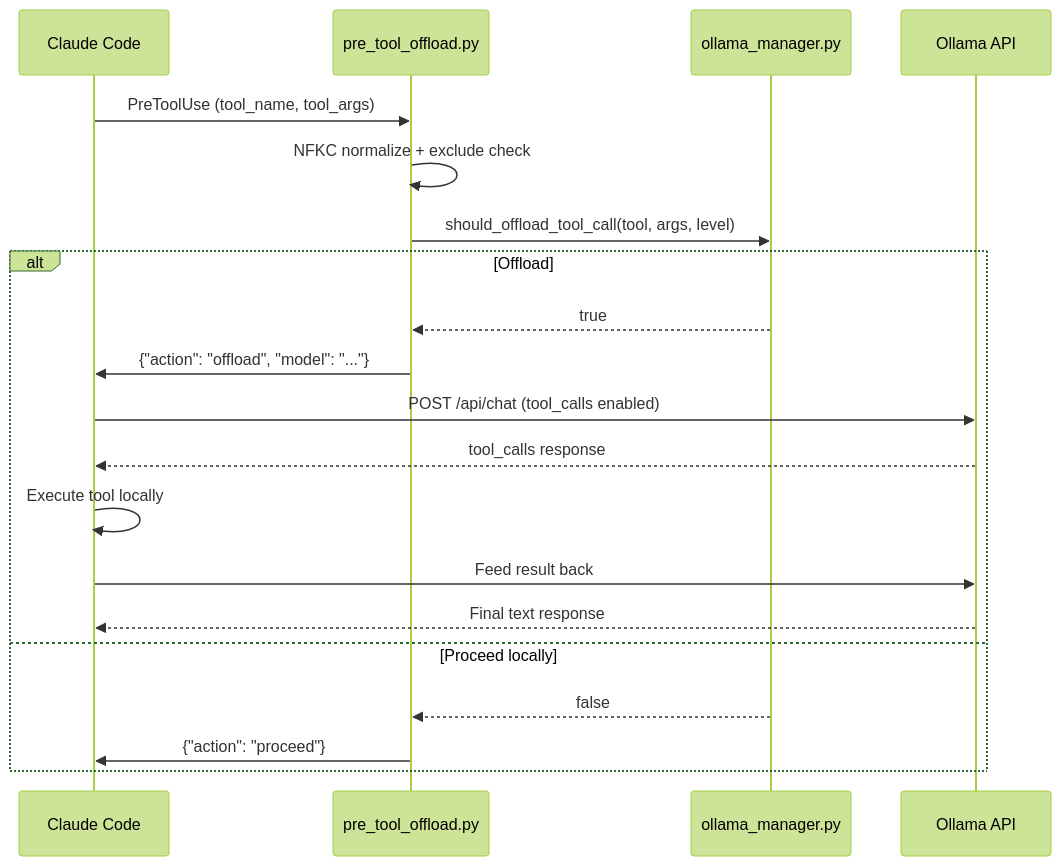
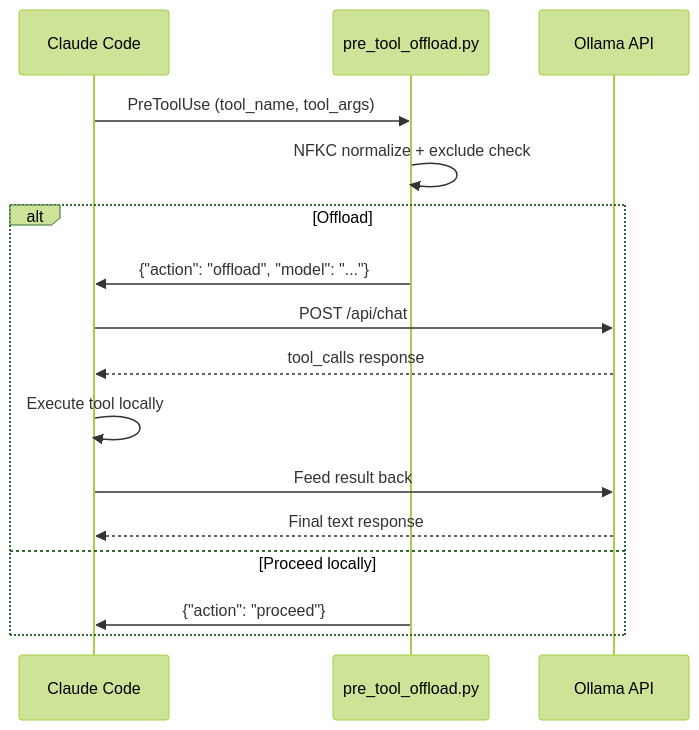
Before and after one commit to dnviti/codeclaw: the fourth of 6 diagrams in docs/architecture.md, drawn with Mermaid (forest theme). The commit also changed other lines of this file and 95 other files, not shown here.

````diff
--- a/docs/architecture.md
+++ b/docs/architecture.md
@@ -370,23 +227,19 @@
 ```mermaid
 sequenceDiagram
     participant C as Claude Code
     participant H as pre_tool_offload.py
-    participant OM as ollama_manager.py
     participant O as Ollama API
 
     C->>H: PreToolUse (tool_name, tool_args)
     H->>H: NFKC normalize + exclude check
-    H->>OM: should_offload_tool_call(tool, args, level)
     alt Offload
-        OM-->>H: true
         H->>C: {"action": "offload", "model": "..."}
-        C->>O: POST /api/chat (tool_calls enabled)
+        C->>O: POST /api/chat
         O-->>C: tool_calls response
         C->>C: Execute tool locally
         C->>O: Feed result back
         O-->>C: Final text response
     else Proceed locally
-        OM-->>H: false
         H->>C: {"action": "proceed"}
     end
 ```
````
